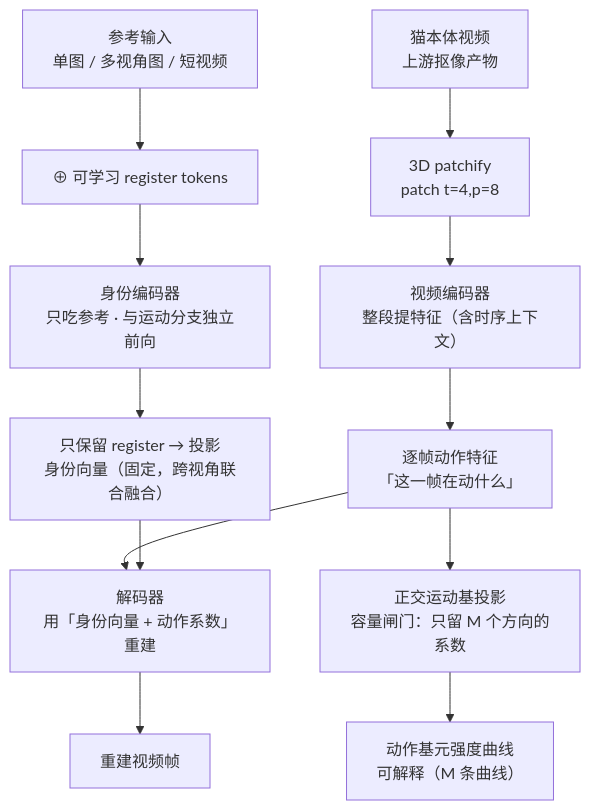
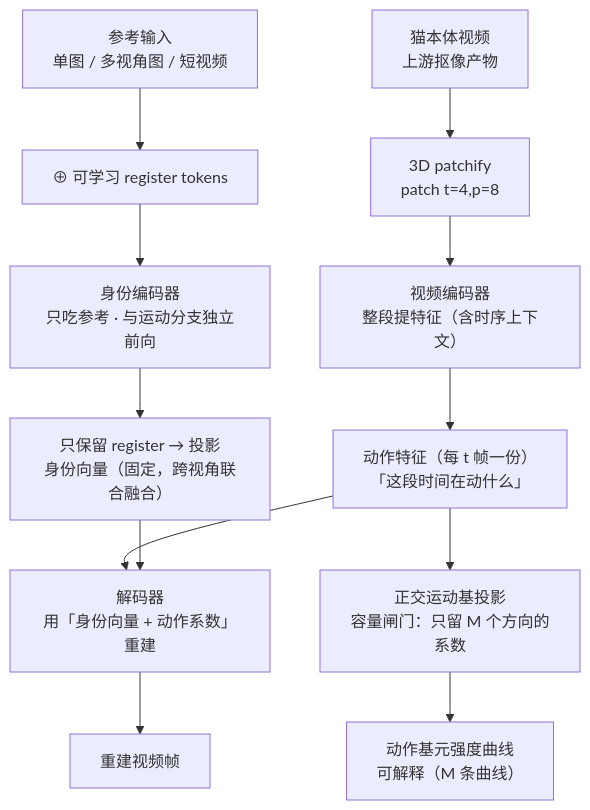
One commit to gongshangzheng/pet-action-recognition changed the first of 2 diagrams in management/docs/identity-tokenizer.md. Above: the diagram before and after it, drawn with Mermaid. The commit also changed other lines of this file and 4 other files, not shown here.

````diff
--- a/management/docs/identity-tokenizer.md
+++ b/management/docs/identity-tokenizer.md
@@ -60,18 +60,18 @@
 ```mermaid
 flowchart TD
     R["参考输入<br/>单图 / 多视角图 / 短视频"] --> RT["⊕ 可学习 register tokens"]
     RT --> E0["身份编码器<br/>只吃参考 · 与运动分支独立前向"]
     E0 --> L["只保留 register → 投影<br/>身份向量（固定，跨视角联合融合）"]
 
     A[猫本体视频<br/>上游抠像产物] --> B["3D patchify<br/>patch t=4,p=8"]
     B --> C["视频编码器<br/>整段提特征（含时序上下文）"]
 
-    C --> F["逐帧动作特征<br/>「这一帧在动什么」"]
+    C --> F["动作特征（每 t 帧一份）<br/>「这段时间在动什么」"]
 
     F --> H["正交运动基投影<br/>容量闸门：只留 M 个方向的系数"]
     H --> I["动作基元强度曲线<br/>可解释（M 条曲线）"]
 
     F --> J["解码器<br/>用「身份向量 + 动作系数」重建"]
     L --> J
     J --> K[重建视频帧]
 ```
````
